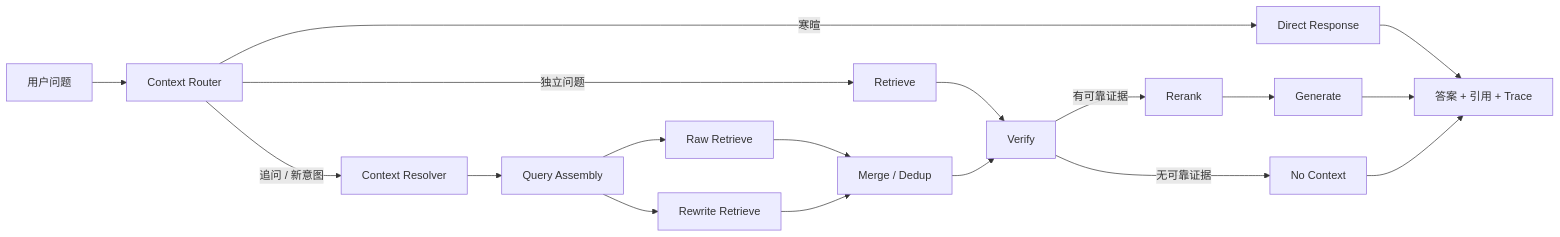
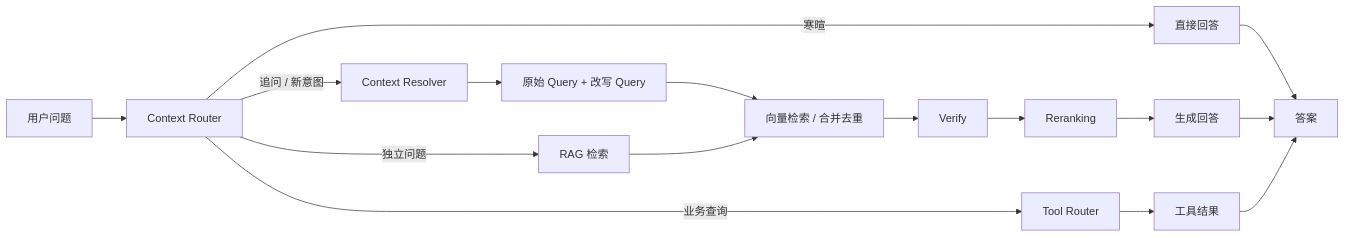
Before and after one commit to asshunter111/enterprise-knowledge-agent: the diagram in README.md, drawn with Mermaid. The commit also changed other lines of this file and 35 other files, not shown here.

````diff
--- a/README.md
+++ b/README.md
@@ -7,20 +45,18 @@
 ```mermaid
 flowchart LR
     A[用户问题] --> B[Context Router]
-    B -->|寒暄| C[Direct Response]
-    B -->|独立问题| D[Retrieve]
+    B -->|寒暄| C[直接回答]
+    B -->|独立问题| D[RAG 检索]
     B -->|追问 / 新意图| E[Context Resolver]
-    E --> F[Query Assembly]
-    F --> G[Raw Retrieve]
-    F --> H[Rewrite Retrieve]
-    G --> I[Merge / Dedup]
-    H --> I
-    D --> J[Verify]
-    I --> J
-    J -->|有可靠证据| K[Rerank]
-    J -->|无可靠证据| L[No Context]
-    K --> M[Generate]
-    M --> N[答案 + 引用 + Trace]
-    C --> N
-    L --> N
+    B -->|业务查询| F[Tool Router]
+    E --> G[原始 Query + 改写 Query]
+    G --> H[向量检索 / 合并去重]
+    D --> H
+    H --> I[Verify]
+    I --> J[Reranking]
+    J --> K[生成回答]
+    F --> L[工具结果]
+    C --> M[答案]
+    K --> M
+    L --> M
 ```
````
